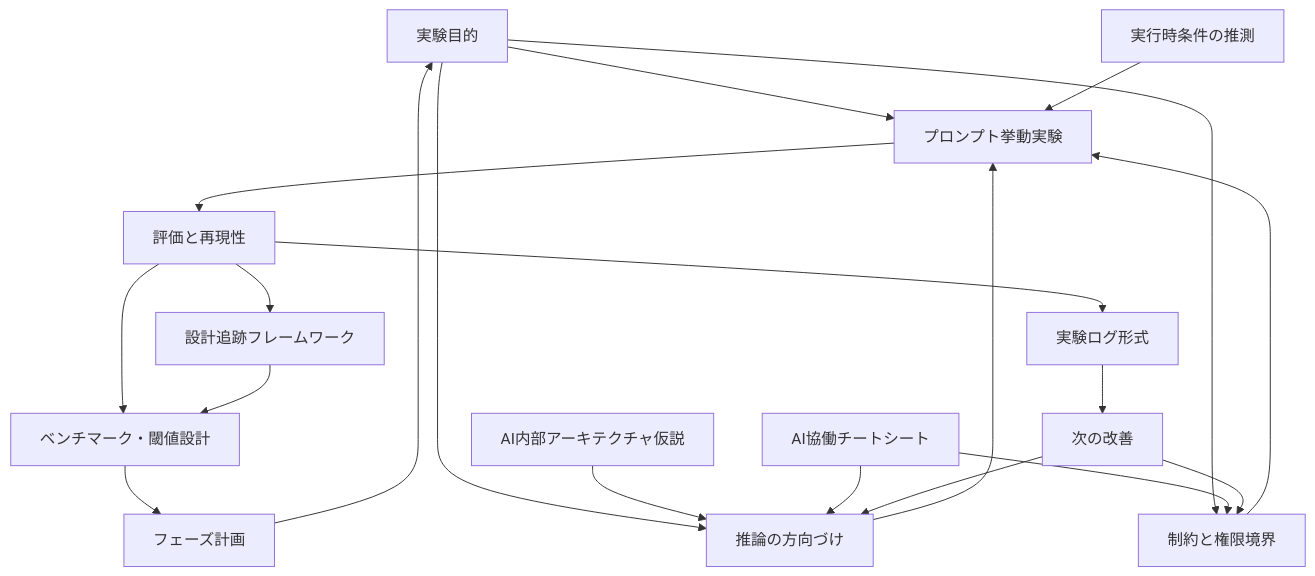
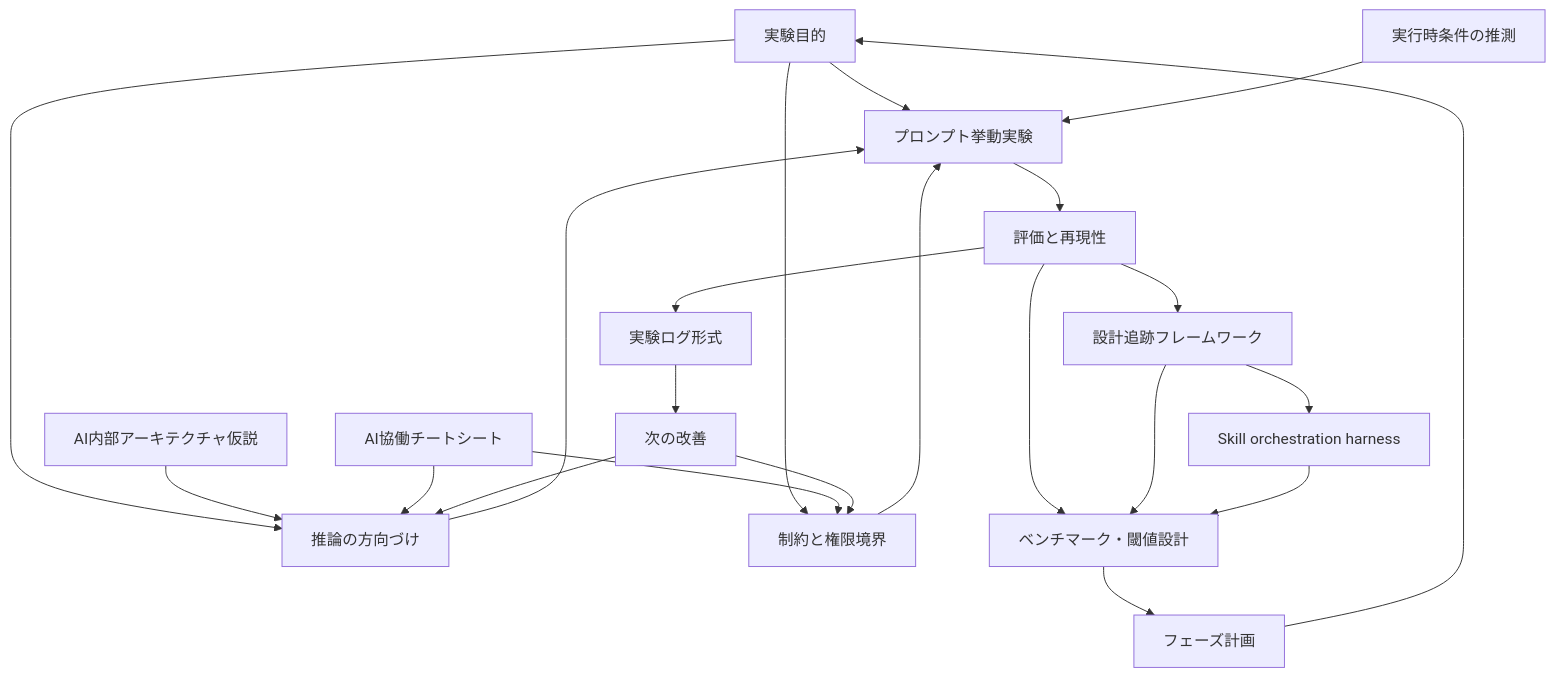
Before and after one commit to schro-cat-dev/torisetsu: the diagram in internal_refs/ai_experiment_scopes/README.md, drawn with Mermaid. The commit also changed other lines of this file and 5 other files, not shown here.

````diff
--- a/internal_refs/ai_experiment_scopes/README.md
+++ b/internal_refs/ai_experiment_scopes/README.md
@@ -27,24 +28,26 @@
 ```mermaid
 flowchart TD
   Goal["実験目的"] --> Prompt["プロンプト挙動実験"]
   Goal --> Direction["推論の方向づけ"]
   Goal --> Constraint["制約と権限境界"]
 
   Runtime["実行時条件の推測"] --> Prompt
   Direction --> Prompt
   Constraint --> Prompt
   Architecture["AI内部アーキテクチャ仮説"] --> Direction
   Collaboration["AI協働チートシート"] --> Direction
   Collaboration --> Constraint
 
   Prompt --> Evaluation["評価と再現性"]
   Evaluation --> Benchmark["ベンチマーク・閾値設計"]
   Evaluation --> Traceability["設計追跡フレームワーク"]
+  Traceability --> SkillHarness["Skill orchestration harness"]
   Traceability --> Benchmark
+  SkillHarness --> Benchmark
   Benchmark --> Phase["フェーズ計画"]
   Evaluation --> Log["実験ログ形式"]
   Log --> Next["次の改善"]
   Phase["フェーズ計画"] --> Goal
   Next --> Direction
   Next --> Constraint
 ```
````
